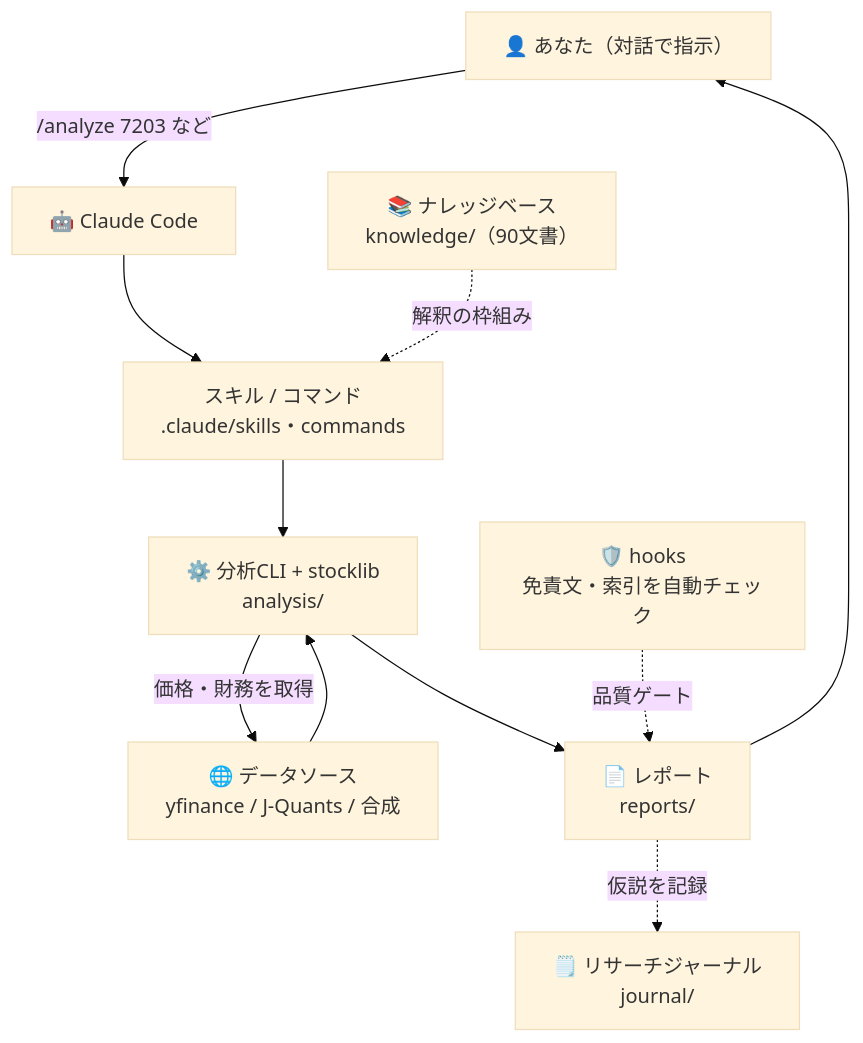
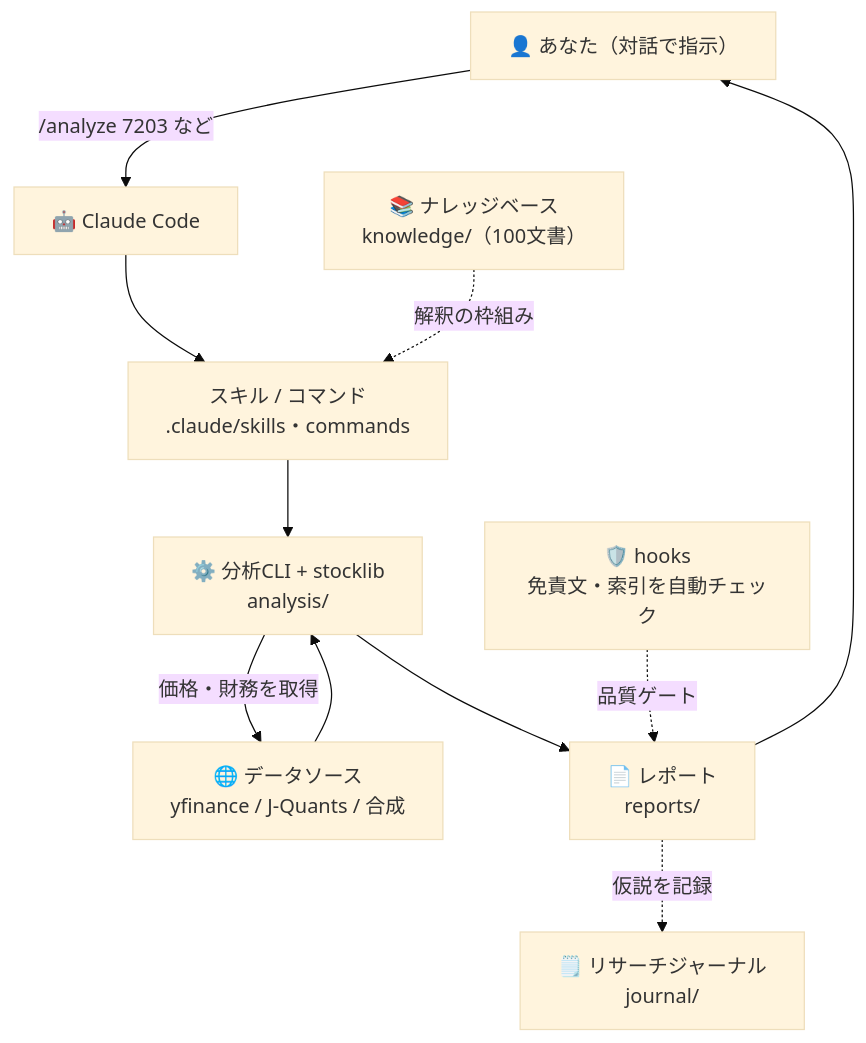
Before and after one commit to nigoh/stock_hacker: the first of 8 diagrams in README.md, drawn with Mermaid (base theme). The commit also changed other lines of this file and 10 other files, not shown here.

````diff
--- a/README.md
+++ b/README.md
@@ -62,13 +62,13 @@
 ```mermaid
 flowchart TD
     U["👤 あなた（対話で指示）"] -->|"/analyze 7203 など"| CC["🤖 Claude Code"]
     CC --> SK["スキル / コマンド<br/>.claude/skills・commands"]
     SK --> CLI["⚙️ 分析CLI + stocklib<br/>analysis/"]
-    KB["📚 ナレッジベース<br/>knowledge/（90文書）"] -.->|"解釈の枠組み"| SK
+    KB["📚 ナレッジベース<br/>knowledge/（100文書）"] -.->|"解釈の枠組み"| SK
     CLI -->|"価格・財務を取得"| DS["🌐 データソース<br/>yfinance / J-Quants / 合成"]
     DS --> CLI
     CLI --> RP["📄 レポート<br/>reports/"]
     RP -.->|"仮説を記録"| JN["🗒️ リサーチジャーナル<br/>journal/"]
     HK["🛡️ hooks<br/>免責文・索引を自動チェック"] -.->|"品質ゲート"| RP
     RP --> U
 ```
````
